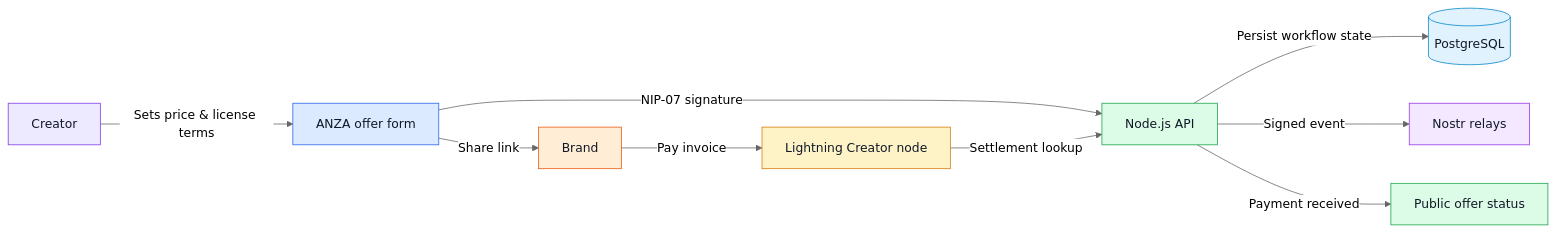
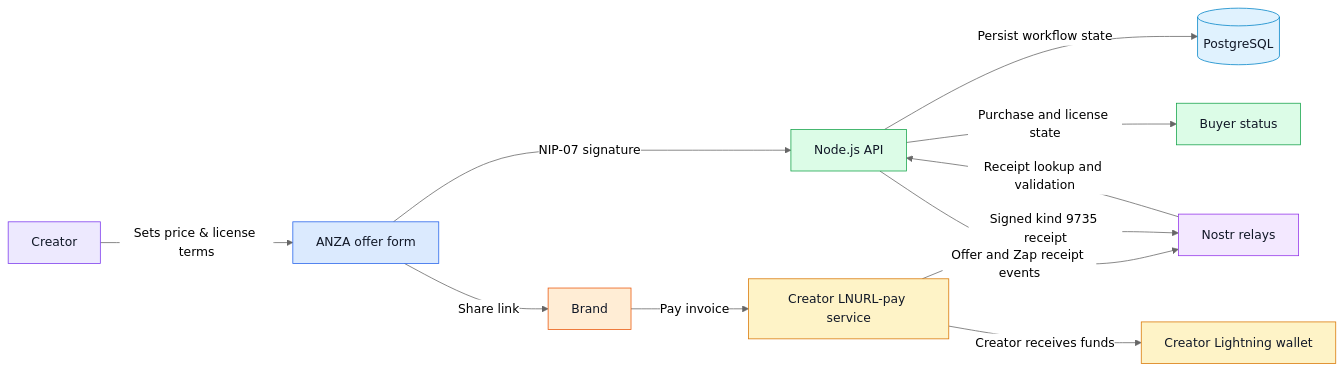
Before and after one commit to ANZA-LTD/License-Engine: the diagram in README.md, drawn with Mermaid (neutral theme). The commit also changed other lines of this file and 41 other files, not shown here.

Commit message:
feat(payments): implement NIP-57 creator purchase flow (Phase 4)

````diff
--- a/README.md
+++ b/README.md
@@ -37,20 +37,23 @@
 ```mermaid
 flowchart LR
     C[Creator] -->|Sets price & license terms| F[ANZA offer form]
     F -->|NIP-07 signature| A[Node.js API]
     A -->|Persist workflow state| P[(PostgreSQL)]
-    A -->|Signed event| N[Nostr relays]
+    A -->|Offer and Zap receipt events| N[Nostr relays]
     F -->|Share link| B[Brand]
-    B -->|Pay invoice| L[Lightning Creator node]
-    L -->|Settlement lookup| A
-    A -->|Payment received| O[Public offer status]
+    B -->|Pay invoice| L[Creator LNURL-pay service]
+    L -->|Creator receives funds| W[Creator Lightning wallet]
+    L -->|Signed kind 9735 receipt| N
+    N -->|Receipt lookup and validation| A
+    A -->|Purchase and license state| O[Buyer status]
 
     style C fill:#ede9fe,stroke:#7c3aed,color:#111827
     style F fill:#dbeafe,stroke:#2563eb,color:#111827
     style A fill:#dcfce7,stroke:#16a34a,color:#111827
     style P fill:#e0f2fe,stroke:#0284c7,color:#111827
     style N fill:#f3e8ff,stroke:#9333ea,color:#111827
     style B fill:#ffedd5,stroke:#ea580c,color:#111827
     style L fill:#fef3c7,stroke:#d97706,color:#111827
+    style W fill:#fef3c7,stroke:#d97706,color:#111827
     style O fill:#dcfce7,stroke:#16a34a,color:#111827
 ```
````
